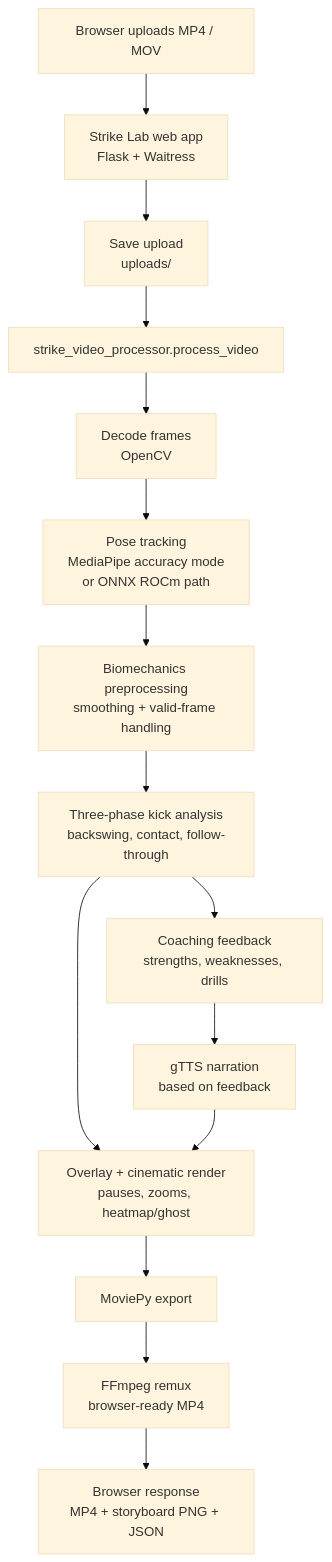
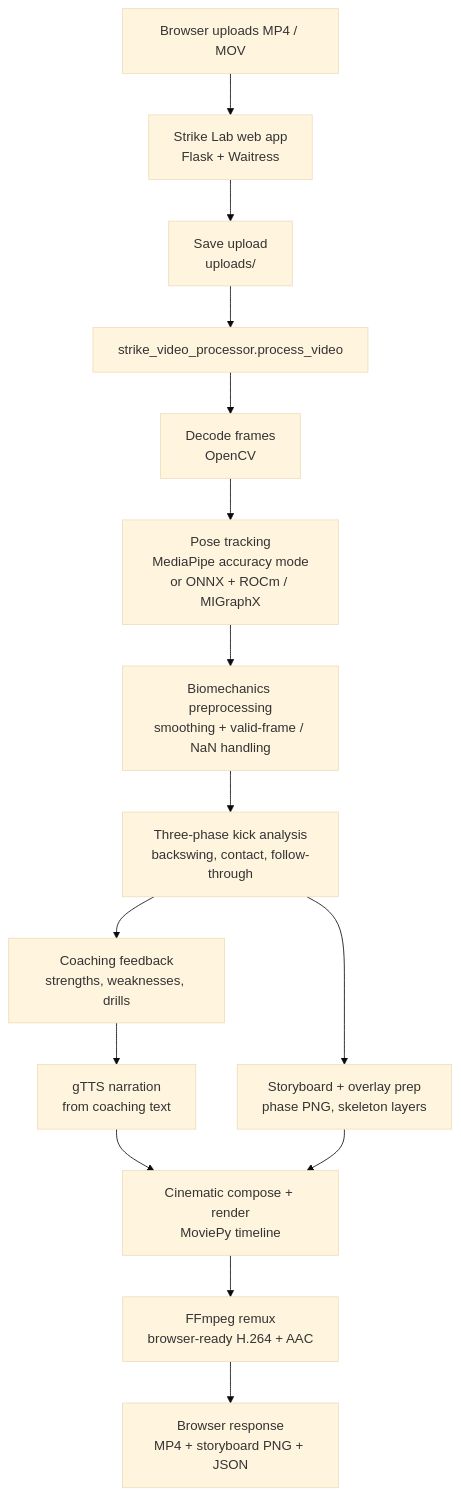
Before and after one commit to an2323/neuro-strike: the first of 2 diagrams in README.md, drawn with Mermaid (base theme). The commit also changed other lines of this file and 1 other file, not shown here.

First line of the commit message:
Document orchestration vs cinematic pipeline and drop legacy dashboard HTML.

````diff
--- a/README.md
+++ b/README.md
@@ -42,17 +46,17 @@
 ```mermaid
 flowchart TD
     A[Browser uploads MP4 / MOV] --> B[Strike Lab web app<br/>Flask + Waitress]
     B --> C[Save upload<br/>uploads/]
     C --> D[strike_video_processor.process_video]
     D --> E[Decode frames<br/>OpenCV]
-    E --> F[Pose tracking<br/>MediaPipe accuracy mode<br/>or ONNX ROCm path]
-    F --> G[Biomechanics preprocessing<br/>smoothing + valid-frame handling]
+    E --> F[Pose tracking<br/>MediaPipe accuracy mode<br/>or ONNX + ROCm / MIGraphX]
+    F --> G[Biomechanics preprocessing<br/>smoothing + valid-frame / NaN handling]
     G --> H[Three-phase kick analysis<br/>backswing, contact, follow-through]
     H --> I[Coaching feedback<br/>strengths, weaknesses, drills]
-    I --> J[gTTS narration<br/>based on feedback]
-    H --> K[Overlay + cinematic render<br/>pauses, zooms, heatmap/ghost]
-    J --> K
-    K --> L[MoviePy export]
-    L --> M[FFmpeg remux<br/>browser-ready MP4]
+    I --> J[gTTS narration<br/>from coaching text]
+    H --> K[Storyboard + overlay prep<br/>phase PNG, skeleton layers]
+    J --> L[Cinematic compose + render<br/>MoviePy timeline]
+    K --> L
+    L --> M[FFmpeg remux<br/>browser-ready H.264 + AAC]
     M --> N[Browser response<br/>MP4 + storyboard PNG + JSON]
 ```
````
